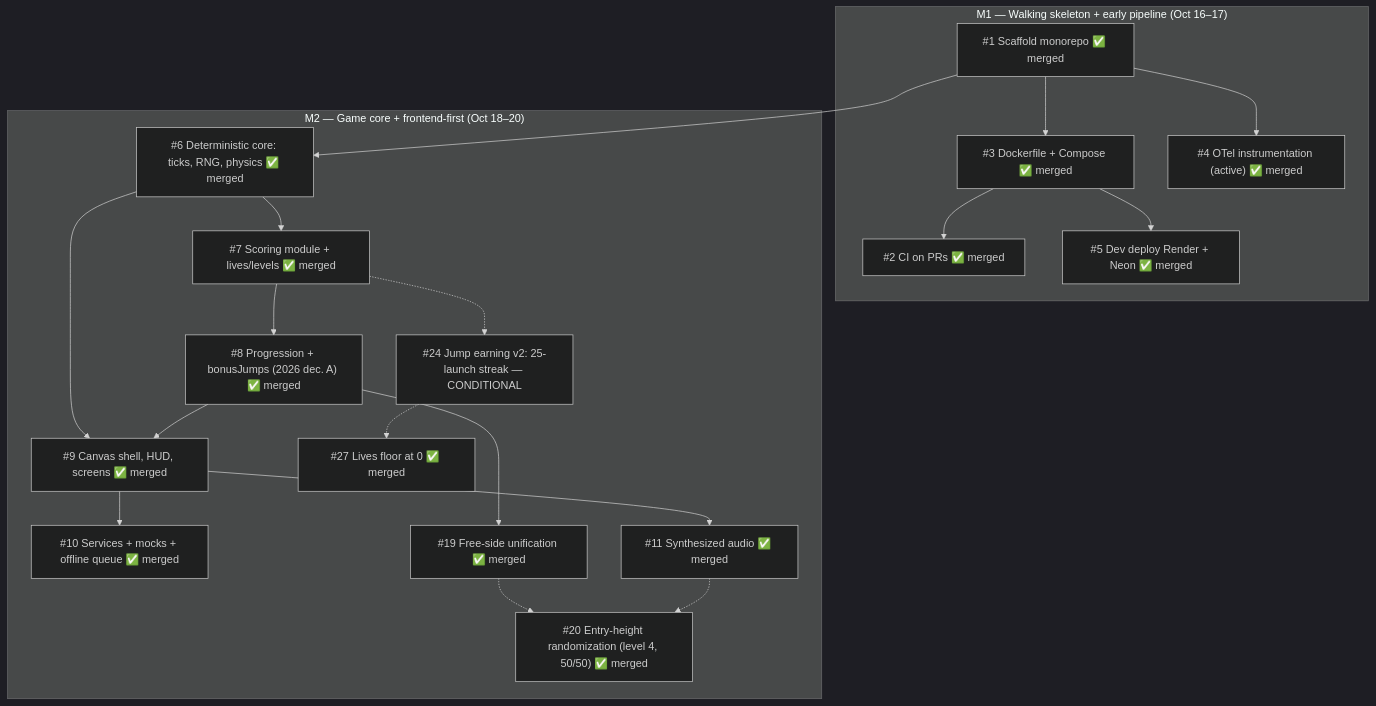
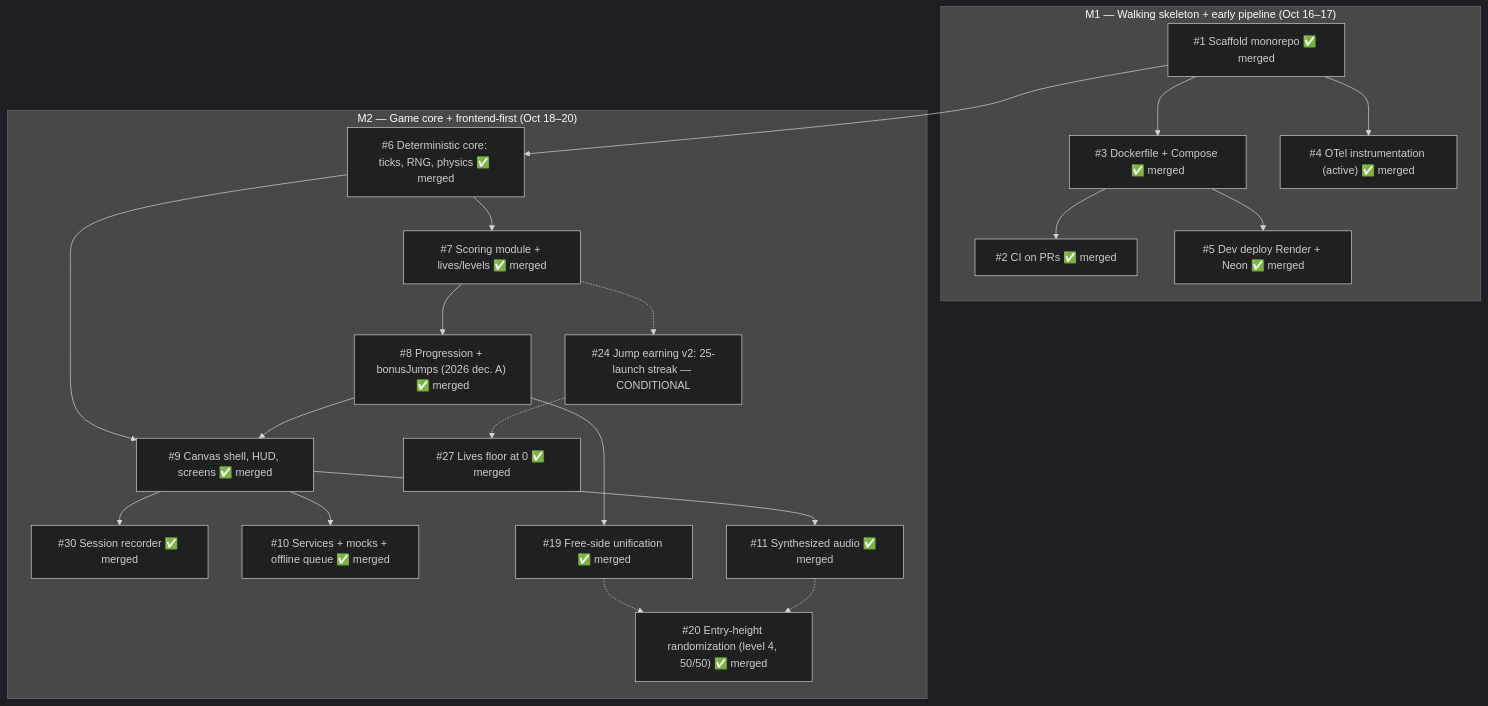
Before and after one commit to lucapug/clown-circus-reloaded: the diagram in _docs/backlog.md, drawn with Mermaid (dark theme).

Commit message:
Backlog map: #30 session recorder merged

````diff
--- a/_docs/backlog.md
+++ b/_docs/backlog.md
@@ -7,41 +7,43 @@
 ```mermaid
 graph TD
     subgraph M1["M1 — Walking skeleton + early pipeline (Oct 16–17)"]
         I1["#1 Scaffold monorepo ✅ merged"]
     I2["#2 CI on PRs ✅ merged"]
         I3["#3 Dockerfile + Compose ✅ merged"]
     I4["#4 OTel instrumentation (active) ✅ merged"]
     I5["#5 Dev deploy Render + Neon ✅ merged"]
     end
 
     subgraph M2["M2 — Game core + frontend-first (Oct 18–20)"]
         I6["#6 Deterministic core: ticks, RNG, physics ✅ merged"]
         I7["#7 Scoring module + lives/levels ✅ merged"]
         I8["#8 Progression + bonusJumps (2026 dec. A) ✅ merged"]
         I9["#9 Canvas shell, HUD, screens ✅ merged"]
+    I30["#30 Session recorder ✅ merged"]
         I10["#10 Services + mocks + offline queue ✅ merged"]
         I11["#11 Synthesized audio ✅ merged"]
         I19["#19 Free-side unification ✅ merged"]
         I20["#20 Entry-height randomization (level 4, 50/50) ✅ merged"]
         I24["#24 Jump earning v2: 25-launch streak — CONDITIONAL"]
         I27["#27 Lives floor at 0 ✅ merged"]
     end
 
     I1 --> I3
     I1 --> I4
     I3 --> I2
     I3 --> I5
 
     I1 --> I6
     I6 --> I7
     I7 --> I8
     I6 --> I9
     I8 --> I9
     I9 --> I10
     I9 --> I11
     I8 --> I19
     I19 -.-> I20
     I11 -.-> I20
     I7 -.-> I24
+    I9 --> I30
     I24 -.-> I27
 ```
````
